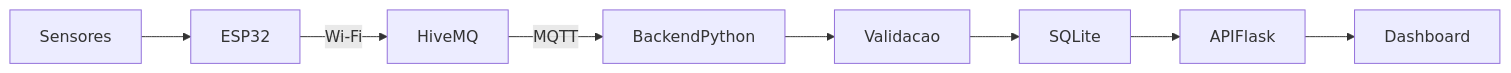
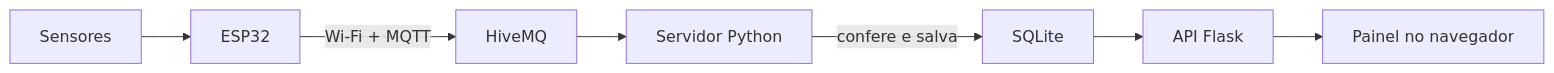
Before and after one commit to yukio-tg/facultativo_estacao-metereologica: the diagram in estacao/README.md, drawn with Mermaid. The commit also changed other lines of this file and 25 other files, not shown here.

````diff
--- a/estacao/README.md
+++ b/estacao/README.md
@@ -9,10 +6,9 @@
 ```mermaid
 flowchart LR
     Sensores --> ESP32
-    ESP32 -->|Wi-Fi| HiveMQ
-    HiveMQ -->|MQTT| BackendPython
-    BackendPython --> Validacao
-    Validacao --> SQLite
-    SQLite --> APIFlask
-    APIFlask --> Dashboard
+    ESP32 -->|Wi-Fi + MQTT| HiveMQ
+    HiveMQ --> Servidor[Servidor Python]
+    Servidor -->|confere e salva| SQLite
+    SQLite --> API[API Flask]
+    API --> Painel[Painel no navegador]
 ```
````
